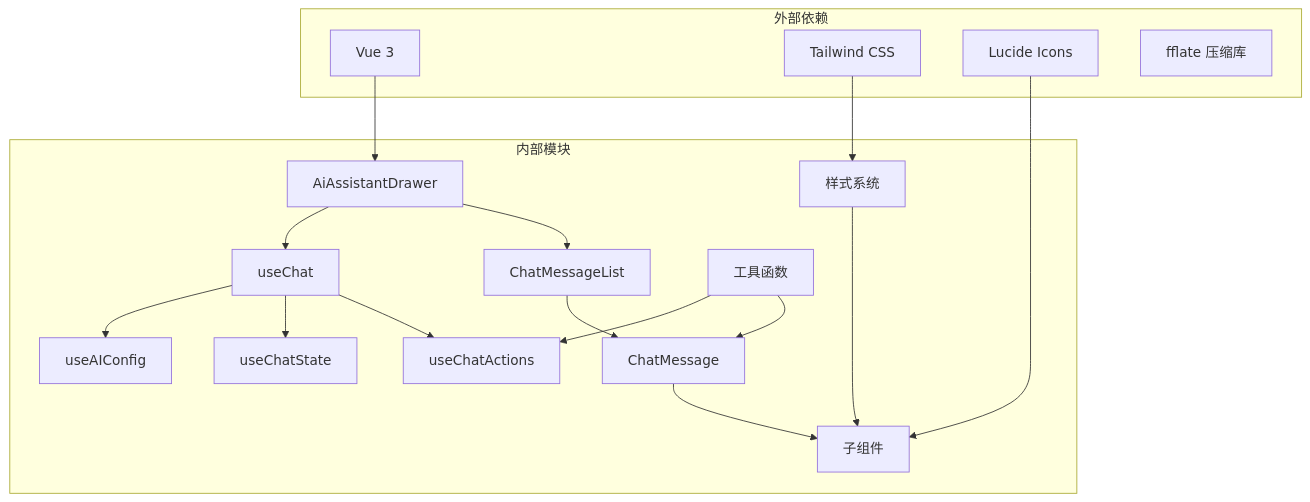
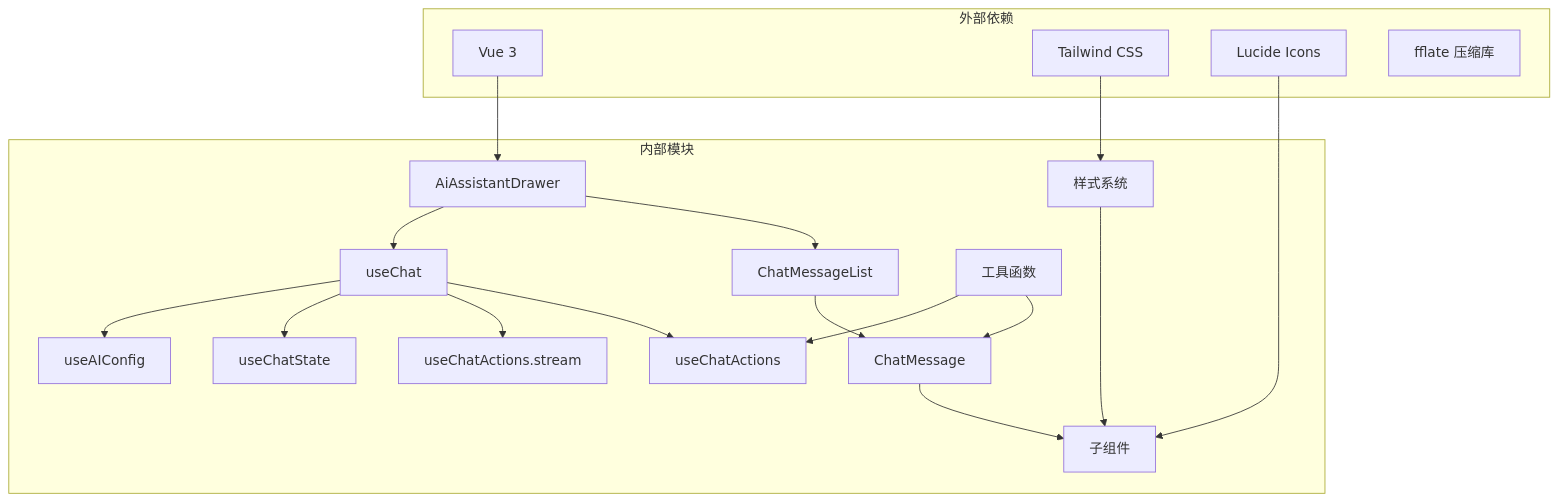
Before and after one commit to xixixiaoyu/Todo: the ninth of 12 diagrams in .qoder/repowiki/zh/content/前端开发/AI 聊天样式系统.md, drawn with Mermaid. The commit also changed other lines of this file and 8 other files, not shown here.

````diff
--- a/.qoder/repowiki/zh/content/前端开发/AI 聊天样式系统.md
+++ b/.qoder/repowiki/zh/content/前端开发/AI 聊天样式系统.md
@@ -352,34 +396,36 @@
 ```mermaid
 graph TB
 subgraph "外部依赖"
 Vue[Vue 3]
 Tailwind[Tailwind CSS]
 Lucide[Lucide Icons]
 Fflate[fflate 压缩库]
 end
 subgraph "内部模块"
 Drawer[AiAssistantDrawer]
 MessageList[ChatMessageList]
 Message[ChatMessage]
 Components[子组件]
 useChat[useChat]
 useChatActions[useChatActions]
+useChatActionsStream[useChatActions.stream]
 useChatState[useChatState]
 useAIConfig[useAIConfig]
 styles[样式系统]
 utils[工具函数]
 end
 Vue --> Drawer
 Tailwind --> styles
 Lucide --> Components
 Drawer --> MessageList
 MessageList --> Message
 Message --> Components
 Drawer --> useChat
 useChat --> useChatActions
+useChat --> useChatActionsStream
 useChat --> useChatState
 useChat --> useAIConfig
 styles --> Components
 utils --> Message
 utils --> useChatActions
 ```
````
